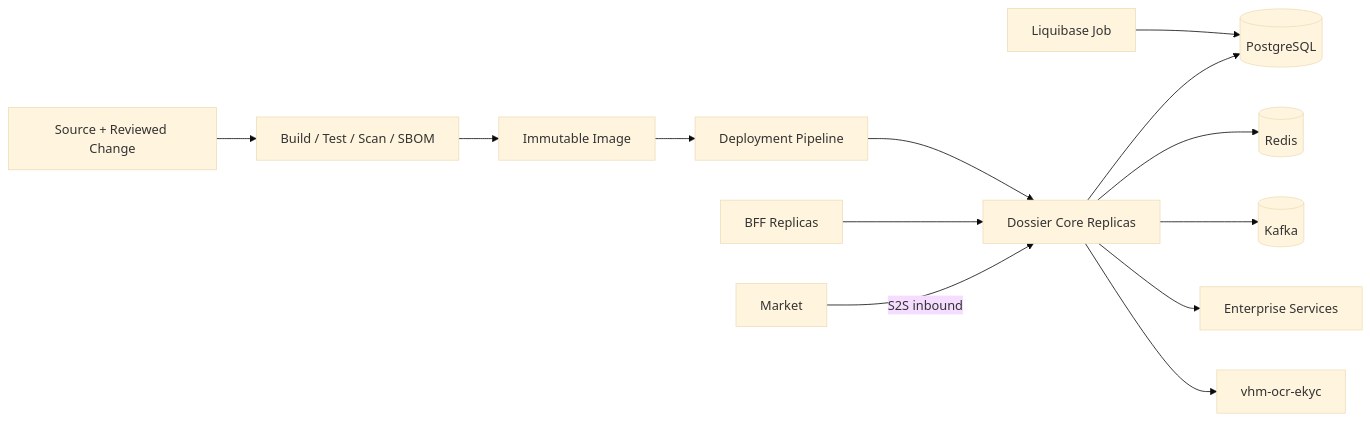
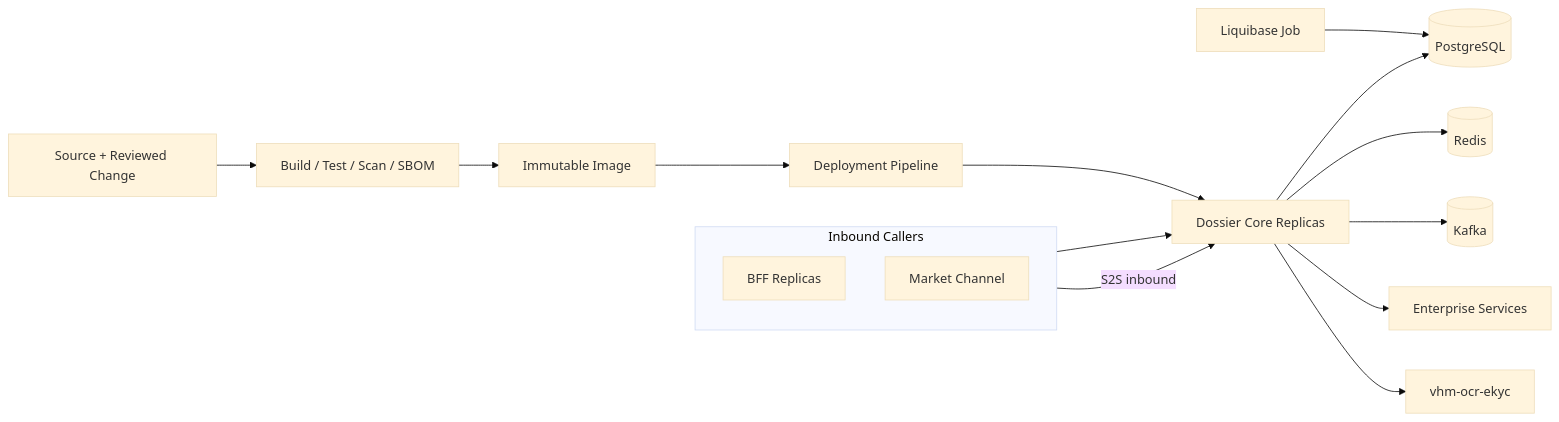
One commit to huynv-xyz/vhm changed the ninth of 9 diagrams in tdd-dossier.md. Above: the diagram before and after it, drawn with Mermaid (base theme). The commit also changed other lines of this file, not shown here.

````diff
--- a/tdd-dossier.md
+++ b/tdd-dossier.md
@@ -846,15 +855,20 @@
 ```mermaid
 flowchart LR
     Git[Source + Reviewed Change] --> CI[Build / Test / Scan / SBOM]
     CI --> Image[Immutable Image]
     Image --> Deploy[Deployment Pipeline]
     Migration[Liquibase Job] --> DB[(PostgreSQL)]
     Deploy --> Core[Dossier Core Replicas]
     Core --> DB
     Core --> Redis[(Redis)]
     Core --> Kafka[(Kafka)]
     Core --> Ext[Enterprise Services]
-    BFF[BFF Replicas] --> Core
-    Market[Market] -->|S2S inbound| Core
+    subgraph Inbound[Inbound Callers]
+        direction TB
+        BFF[BFF Replicas]
+        Market[Market Channel]
+    end
+    BFF --> Core
+    Market -->|S2S inbound| Core
     Core --> OCR[vhm-ocr-ekyc]
 ```
````
